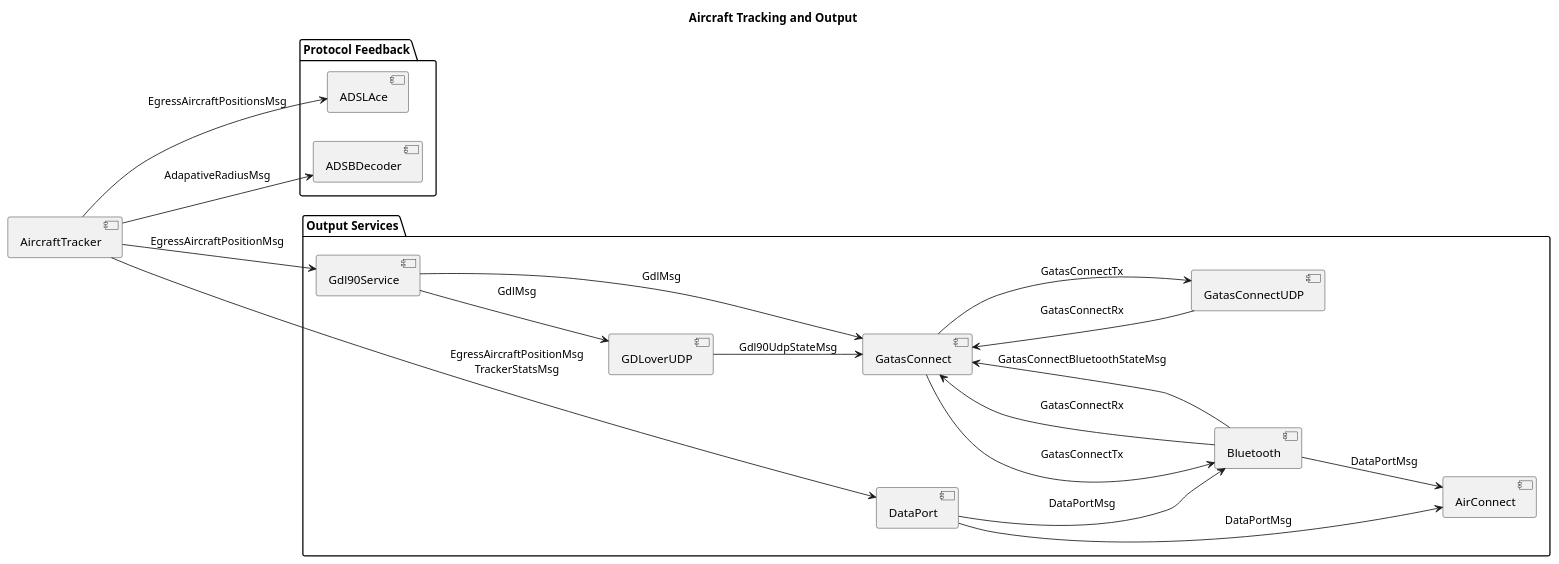
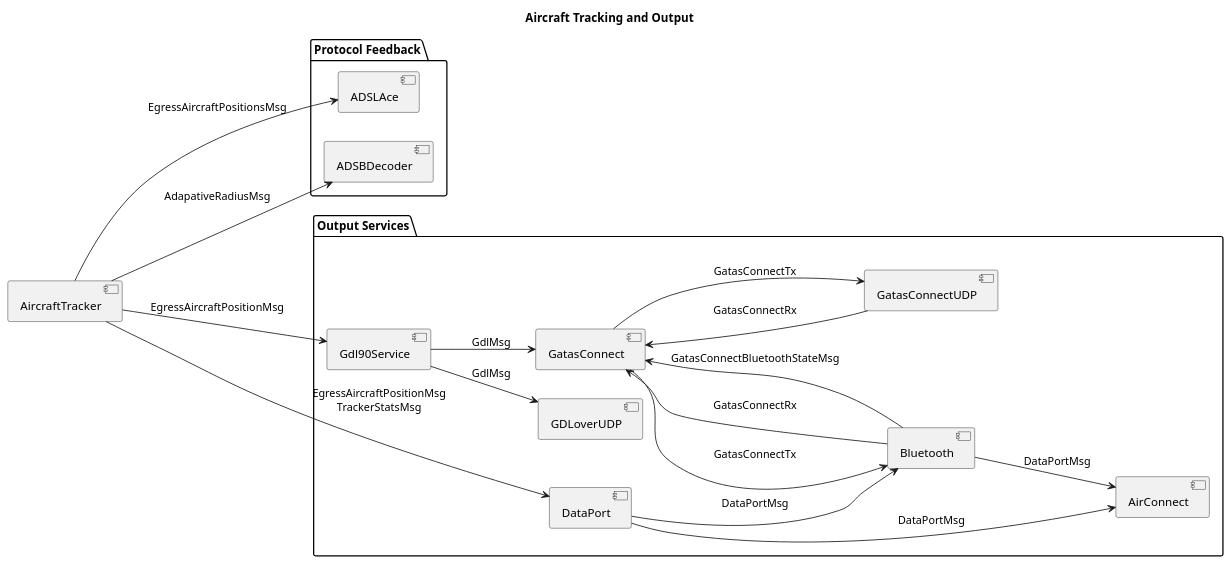
One commit to gatasConspicuity/gatas changed the fourth of 7 diagrams in doc/message-bus.md. Above: the diagram before and after it, drawn with PlantUML. The commit also changed other lines of this file and 19 other files, not shown here.

````diff
--- a/doc/message-bus.md
+++ b/doc/message-bus.md
@@ -249,46 +249,45 @@
 ```plantuml
 ' =====================================================================
 ' TRACKING AND OUTPUT
 ' =====================================================================
 @startuml
 title Aircraft Tracking and Output
 
 left to right direction
 
 [AircraftTracker]
 
 package "Protocol Feedback" {
     [ADSLAce]
     [ADSBDecoder]
 }
 
 package "Output Services" {
     [Gdl90Service]
     [GDLoverUDP]
     [DataPort]
     [GatasConnect]
     [GatasConnectUDP]
     [Bluetooth]
     [AirConnect]
 }
 
 [AircraftTracker] --> [Gdl90Service] : EgressAircraftPositionMsg
 [AircraftTracker] --> [DataPort] : EgressAircraftPositionMsg\nTrackerStatsMsg
 [AircraftTracker] --> [ADSLAce] : EgressAircraftPositionsMsg
 [AircraftTracker] --> [ADSBDecoder] : AdapativeRadiusMsg
 
 [Gdl90Service] --> [GDLoverUDP] : GdlMsg
 [Gdl90Service] --> [GatasConnect] : GdlMsg
 
 [GatasConnect] --> [GatasConnectUDP] : GatasConnectTx
 [GatasConnect] --> [Bluetooth] : GatasConnectTx
 [GatasConnectUDP] --> [GatasConnect] : GatasConnectRx
 [DataPort] --> [Bluetooth] : DataPortMsg
 [Bluetooth] --> [GatasConnect] : GatasConnectRx
 [Bluetooth] --> [GatasConnect] : GatasConnectBluetoothStateMsg
-[GDLoverUDP] --> [GatasConnect] : Gdl90UdpStateMsg
 [Bluetooth] --> [AirConnect] : DataPortMsg
 [DataPort] --> [AirConnect] : DataPortMsg
 
 @enduml
 ```
````
